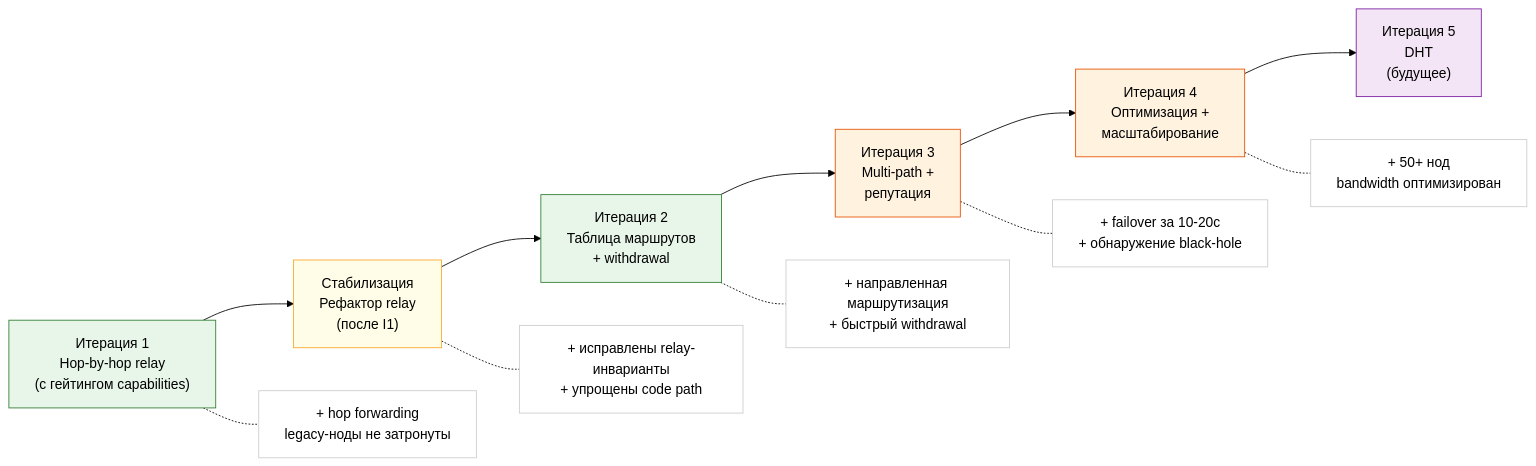
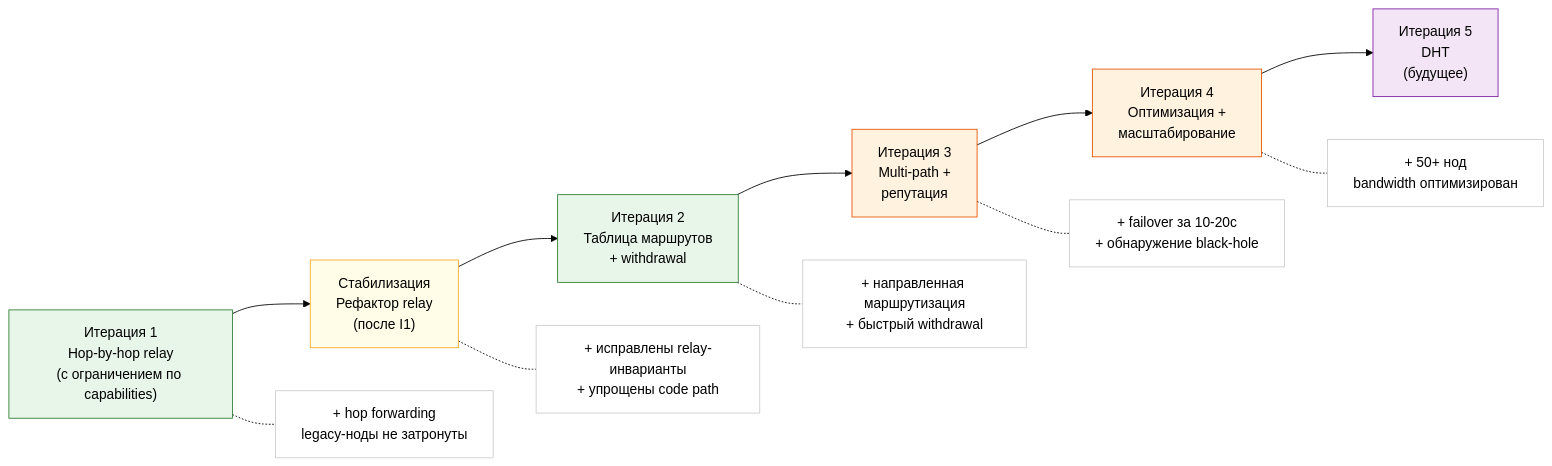
Before and after one commit to piratecash/corsa: the fifth of 14 diagrams in docs/roadmap.ru.md, drawn with Mermaid (forest theme). The commit also changed other lines of this file and 3 other files, not shown here.

Commit message:
docs(roadmap): expand onion DM, add group chats, BLE, Meshtastic, voice calls iterations

````diff
--- a/docs/roadmap.ru.md
+++ b/docs/roadmap.ru.md
@@ -872,29 +1021,29 @@
 ```mermaid
 graph LR
-    I1["Итерация 1<br/>Hop-by-hop relay<br/>(с гейтингом capabilities)"]
+    I1["Итерация 1<br/>Hop-by-hop relay<br/>(с ограничением по capabilities)"]
     R1["Стабилизация<br/>Рефактор relay<br/>(после I1)"]
     I2["Итерация 2<br/>Таблица маршрутов<br/>+ withdrawal"]
     I3["Итерация 3<br/>Multi-path +<br/>репутация"]
     I4["Итерация 4<br/>Оптимизация +<br/>масштабирование"]
     I5["Итерация 5<br/>DHT<br/>(будущее)"]
 
     I1 --> R1 --> I2 --> I3 --> I4 --> I5
 
     I1 -.- W1["+ hop forwarding<br/>legacy-ноды не затронуты"]
     R1 -.- W1R["+ исправлены relay-инварианты<br/>+ упрощены code path"]
     I2 -.- W2["+ направленная маршрутизация<br/>+ быстрый withdrawal"]
     I3 -.- W3["+ failover за 10-20с<br/>+ обнаружение black-hole"]
     I4 -.- W4["+ 50+ нод<br/>bandwidth оптимизирован"]
 
     style I1 fill:#e8f5e9,stroke:#2e7d32
     style R1 fill:#fffde7,stroke:#f9a825
     style I2 fill:#e8f5e9,stroke:#2e7d32
     style I3 fill:#fff3e0,stroke:#e65100
     style I4 fill:#fff3e0,stroke:#e65100
     style I5 fill:#f3e5f5,stroke:#7b1fa2
     style W1 fill:#ffffff,stroke:#ccc
     style W1R fill:#ffffff,stroke:#ccc
     style W2 fill:#ffffff,stroke:#ccc
     style W3 fill:#ffffff,stroke:#ccc
     style W4 fill:#ffffff,stroke:#ccc
 ```
````
